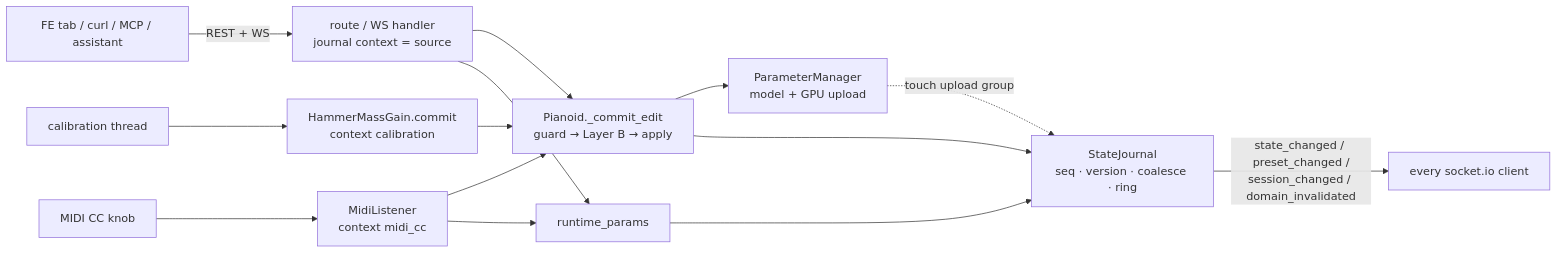
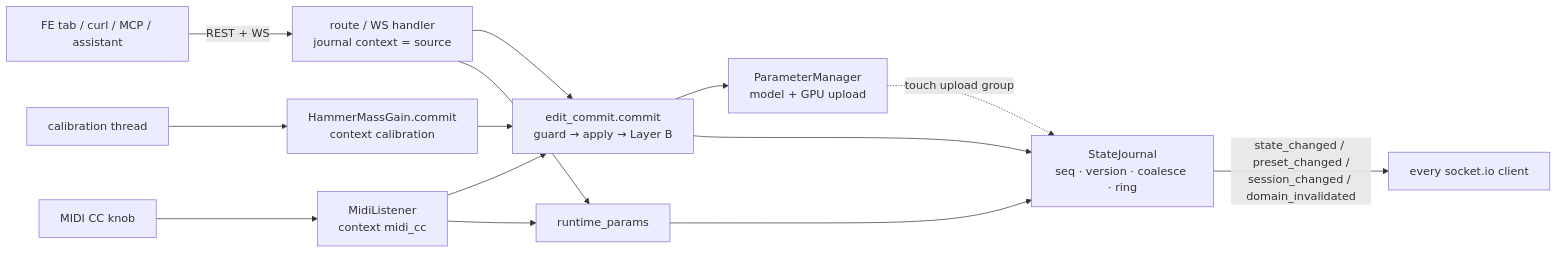
The first of 2 diagrams in docs/architecture/DATA_FLOWS.md (DSPianoid/PianoidInstall), drawn with Mermaid before and after one commit. The commit also changed other lines of this file and 6 other files, not shown here.

First line of the commit message:
[dev-960f] docs: SSOT I1 review fixes - version stamped at emit, edit_commit machinery, guarded store_feedback_coeff, deck_scaling runtime field, up-front 409, behavioural guard scan

````diff
--- a/docs/architecture/DATA_FLOWS.md
+++ b/docs/architecture/DATA_FLOWS.md
@@ -337,16 +337,16 @@
 ```mermaid
 flowchart LR
   FE[FE tab / curl / MCP / assistant] -->|REST + WS| H[route / WS handler<br/>journal context = source]
   MIDI[MIDI CC knob] --> H2[MidiListener<br/>context midi_cc]
   CAL[calibration thread] --> H3[HammerMassGain.commit<br/>context calibration]
-  H --> C[Pianoid._commit_edit<br/>guard → Layer B → apply]
+  H --> C[edit_commit.commit<br/>guard → apply → Layer B]
   H2 --> C
   H3 --> C
   H --> R[runtime_params]
   H2 --> R
   C --> PM[ParameterManager<br/>model + GPU upload]
   PM -. touch upload group .-> J
   C --> J[StateJournal<br/>seq · version · coalesce · ring]
   R --> J
   J -->|state_changed / preset_changed /<br/>session_changed / domain_invalidated| ALL[every socket.io client]
 ```
````
